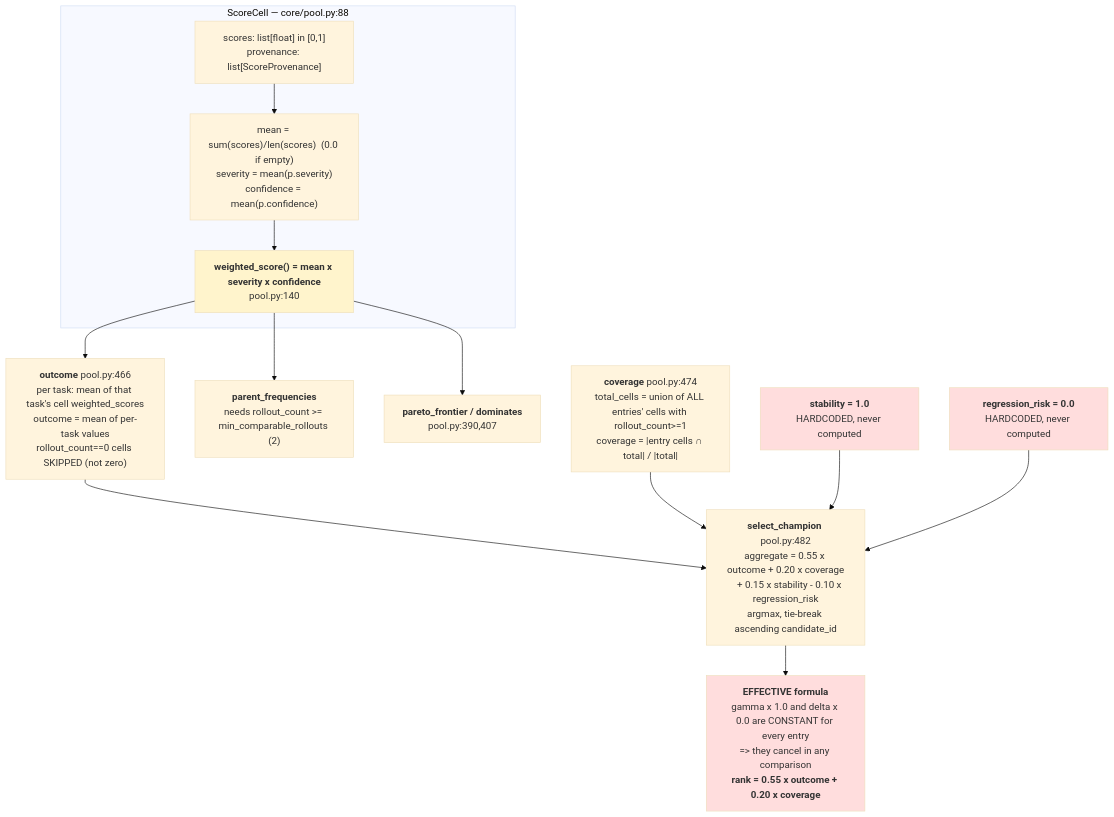
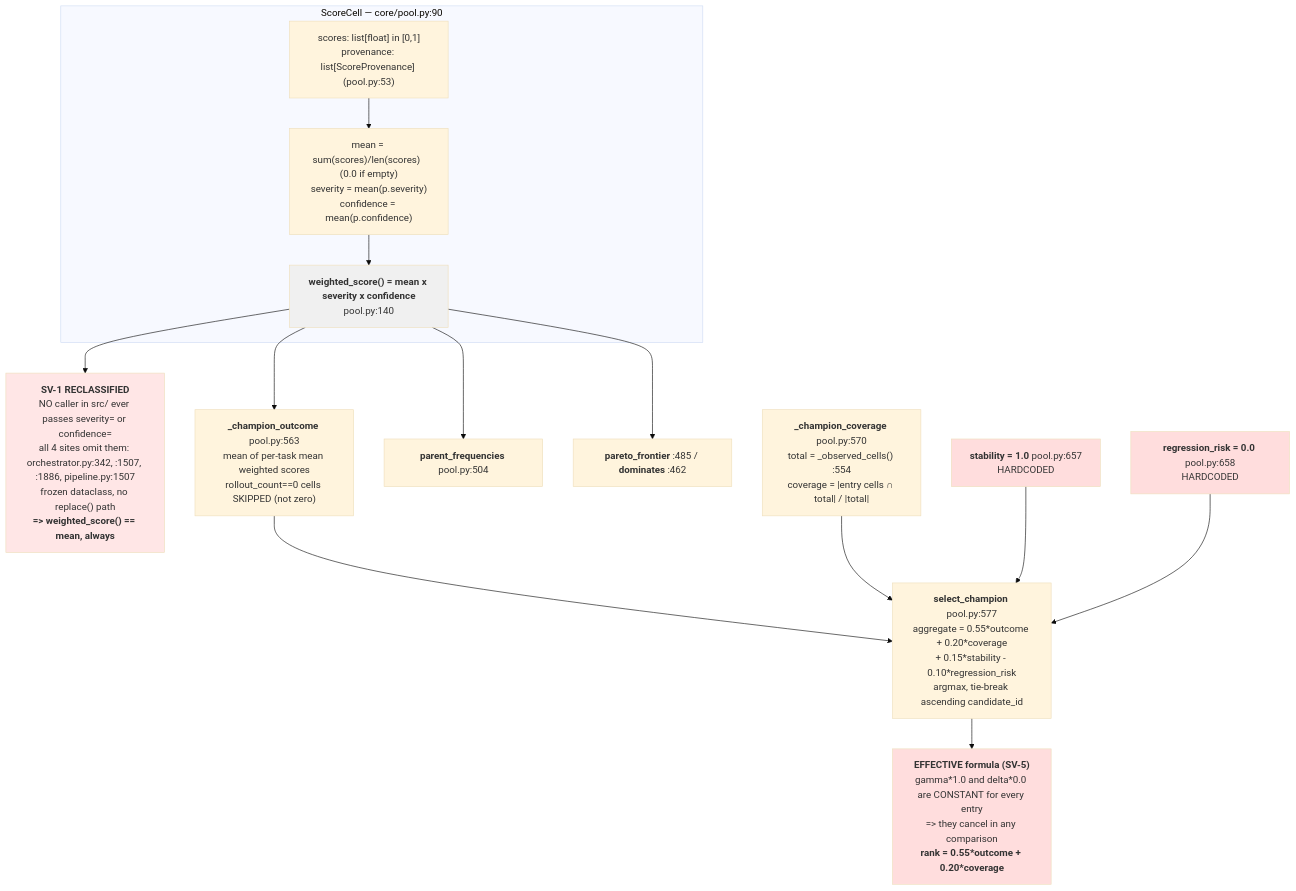
Before and after one commit to one-little-step/AgentEvolve: the fourth of 10 diagrams in docs/architecture/IMPLEMENTED-PIPELINE-MAP.md, drawn with Mermaid (base theme). The commit also changed other lines of this file and 29 other files, not shown here.

````diff
--- a/docs/architecture/IMPLEMENTED-PIPELINE-MAP.md
+++ b/docs/architecture/IMPLEMENTED-PIPELINE-MAP.md
@@ -157,27 +182,30 @@
 ```mermaid
 flowchart TB
-    subgraph CELL["ScoreCell — core/pool.py:88"]
-      C1["scores: list[float] in [0,1]<br/>provenance: list[ScoreProvenance]"]
-      C2["mean = sum(scores)/len(scores)&nbsp;&nbsp;(0.0 if empty)<br/>severity = mean(p.severity)<br/>confidence = mean(p.confidence)"]
+    subgraph CELL["ScoreCell — core/pool.py:90"]
+      C1["scores: list[float] in [0,1]<br/>provenance: list[ScoreProvenance] (pool.py:53)"]
+      C2["mean = sum(scores)/len(scores)  (0.0 if empty)<br/>severity = mean(p.severity)<br/>confidence = mean(p.confidence)"]
       C3["<b>weighted_score() = mean x severity x confidence</b><br/>pool.py:140"]
       C1-->C2-->C3
     end
 
-    C3 --> OUT["<b>outcome</b> pool.py:466<br/>per task: mean of that task's cell weighted_scores<br/>outcome = mean of per-task values<br/>rollout_count==0 cells SKIPPED (not zero)"]
-    C3 --> PF["<b>parent_frequencies</b><br/>needs rollout_count >= min_comparable_rollouts (2)"]
-    C3 --> PAR["<b>pareto_frontier / dominates</b><br/>pool.py:390,407"]
+    C3 --> INERT["<b>SV-1 RECLASSIFIED</b><br/>NO caller in src/ ever passes severity= or confidence=<br/>all 4 sites omit them: orchestrator.py:342, :1507, :1886, pipeline.py:1507<br/>frozen dataclass, no replace() path<br/><b>=> weighted_score() == mean, always</b>"]
+
+    C3 --> OUT["<b>_champion_outcome</b> pool.py:563<br/>mean of per-task mean weighted scores<br/>rollout_count==0 cells SKIPPED (not zero)"]
+    C3 --> PF["<b>parent_frequencies</b> pool.py:504"]
+    C3 --> PAR["<b>pareto_frontier</b> :485 / <b>dominates</b> :462"]
 
     OUT --> AGG
-    COV["<b>coverage</b> pool.py:474<br/>total_cells = union of ALL entries' cells with rollout_count>=1<br/>coverage = |entry cells &cap; total| / |total|"] --> AGG
-    STAB["<b>stability = 1.0</b><br/>HARDCODED, never computed"] --> AGG
-    RISK["<b>regression_risk = 0.0</b><br/>HARDCODED, never computed"] --> AGG
+    COV["<b>_champion_coverage</b> pool.py:570<br/>total = _observed_cells() :554<br/>coverage = |entry cells &cap; total| / |total|"] --> AGG
+    STAB["<b>stability = 1.0</b> pool.py:657<br/>HARDCODED"] --> AGG
+    RISK["<b>regression_risk = 0.0</b> pool.py:658<br/>HARDCODED"] --> AGG
 
-    AGG["<b>select_champion</b> pool.py:482<br/>aggregate = 0.55 x outcome + 0.20 x coverage<br/>&nbsp;&nbsp;&nbsp;&nbsp;+ 0.15 x stability - 0.10 x regression_risk<br/>argmax, tie-break ascending candidate_id"]
+    AGG["<b>select_champion</b> pool.py:577<br/>aggregate = 0.55*outcome + 0.20*coverage<br/>+ 0.15*stability - 0.10*regression_risk<br/>argmax, tie-break ascending candidate_id"]
 
-    AGG --> EFF["<b>EFFECTIVE formula</b><br/>gamma x 1.0 and delta x 0.0 are CONSTANT for every entry<br/>=> they cancel in any comparison<br/><b>rank = 0.55 x outcome + 0.20 x coverage</b>"]
+    AGG --> EFF["<b>EFFECTIVE formula (SV-5)</b><br/>gamma*1.0 and delta*0.0 are CONSTANT for every entry<br/>=> they cancel in any comparison<br/><b>rank = 0.55*outcome + 0.20*coverage</b>"]
 
+    style INERT fill:#ffe6e6
     style STAB fill:#ffdddd
     style RISK fill:#ffdddd
     style EFF fill:#ffdddd
-    style C3 fill:#fff4cc
+    style C3 fill:#f0f0f0
 ```
````
